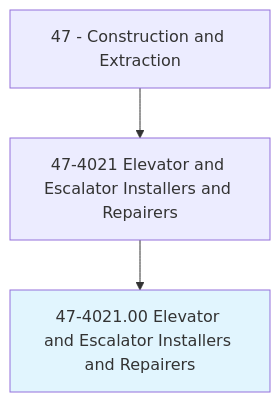
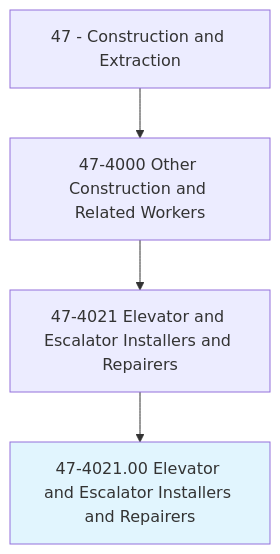
One commit to kziemski/business.org.ai changed the first of 4 diagrams in occupations/Construction/ElevatorAndEscalatorInstallersAndRepairers.mdx. Above: the diagram before and after it, drawn with Mermaid. The commit also changed other lines of this file and 938 other files, not shown here.

````diff
--- a/occupations/Construction/ElevatorAndEscalatorInstallersAndRepairers.mdx
+++ b/occupations/Construction/ElevatorAndEscalatorInstallersAndRepairers.mdx
@@ -19,6 +23,7 @@
 ```mermaid
 graph TD
-    Cat47["47 - Construction and Extraction"] --> Group474021["47-4021 Elevator and Escalator Installers and Repairers"]
-    Group474021 --> Current["47-4021.00 Elevator and Escalator Installers and Repairers"]
+    Cat47["47 - Construction and Extraction"] --> Group474["47-4000 Other Construction and Related Workers"]
+    Group474 --> Group4740["47-4021 Elevator and Escalator Installers and Repairers"]
+    Group4740 --> Current["47-4021.00 Elevator and Escalator Installers and Repairers"]
     style Current fill:#e1f5fe
 ```
````
